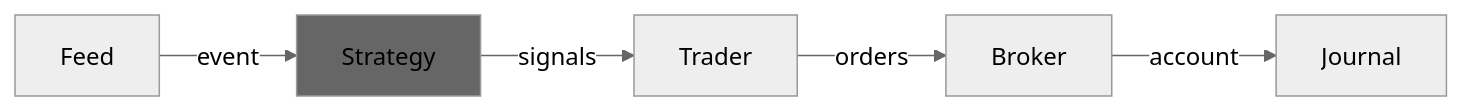
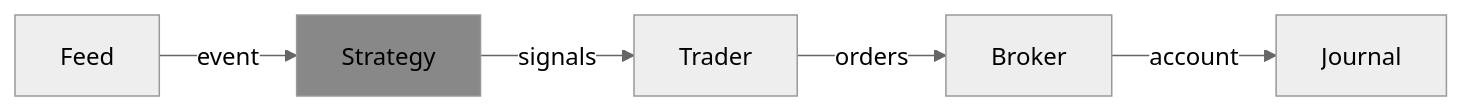
The diagram in docs/core/strategy.md (neurallayer/roboquant.py), drawn with Mermaid (neutral theme) before and after one commit. The commit also changed 21 other files, not shown here.

````diff
--- a/docs/core/strategy.md
+++ b/docs/core/strategy.md
@@ -18,13 +18,13 @@
 ```mermaid
 flowchart LR
  
     Feed["Feed"]
     Strategy["Strategy"]
     Trader["Trader"]
     Broker["Broker"]
     Journal["Journal"]
     
     Feed -- event --> Strategy -- signals --> Trader -- orders --> Broker -- account --> Journal 
 
-    style Strategy fill:#666
+    style Strategy fill:#888
 ```
````
